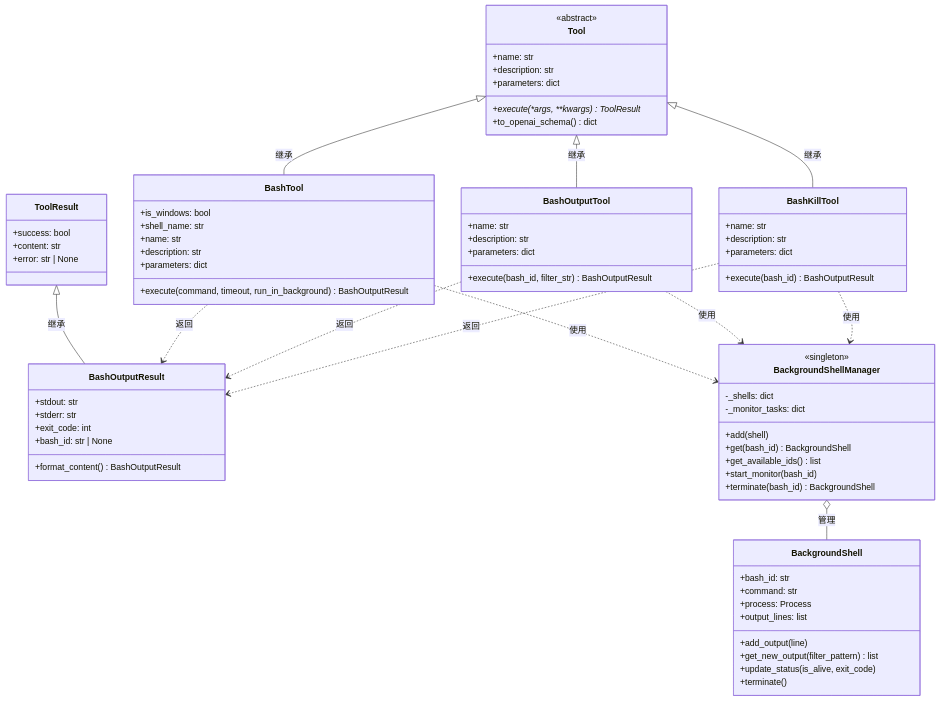
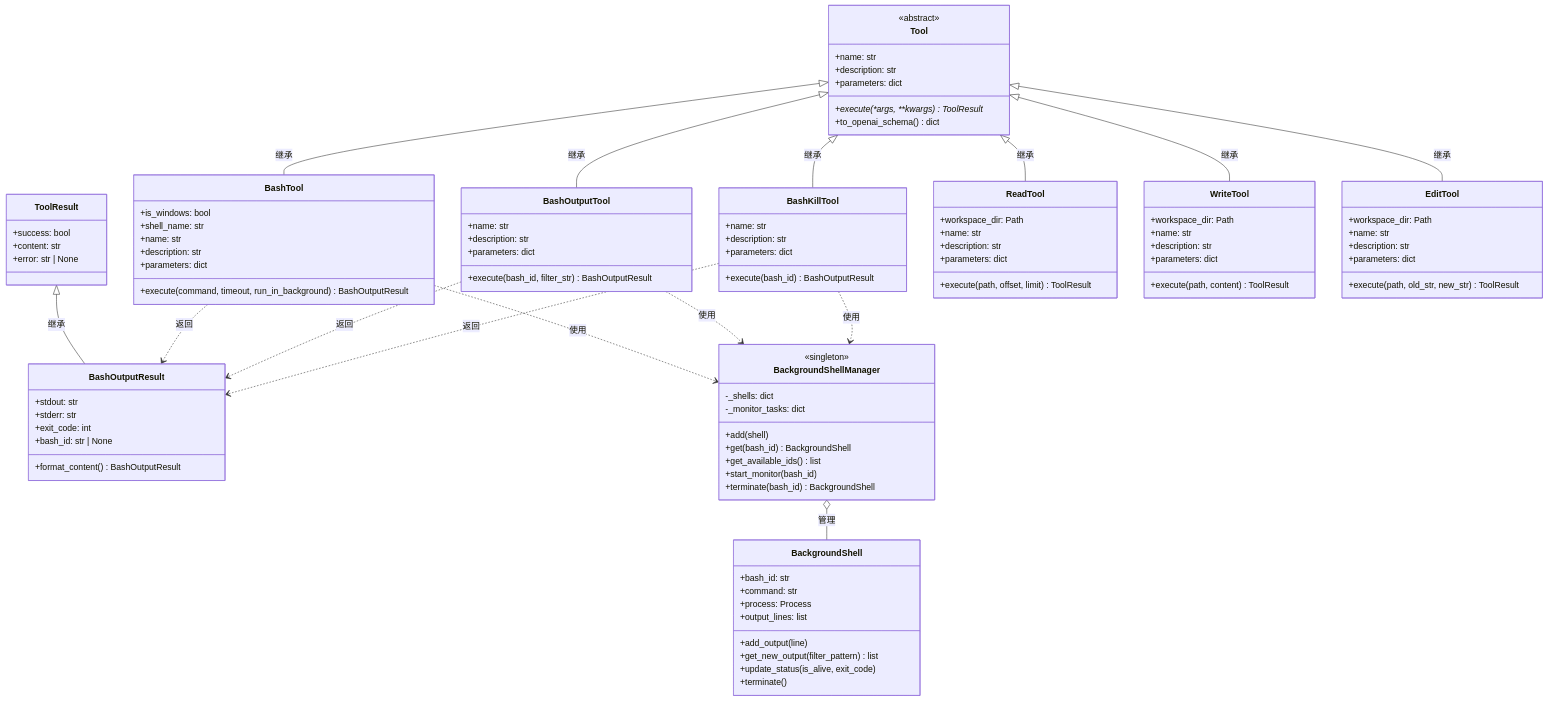
One commit to Argobell/gopilot-cli changed the second of 8 diagrams in docs/tools/架构设计.md. Above: the diagram before and after it, drawn with Mermaid. The commit also changed other lines of this file and 12 other files, not shown here.

```diff
--- a/docs/tools/架构设计.md
+++ b/docs/tools/架构设计.md
@@ -192,6 +228,30 @@
         +execute(bash_id) BashOutputResult
     }
 
+    class ReadTool {
+        +workspace_dir: Path
+        +name: str
+        +description: str
+        +parameters: dict
+        +execute(path, offset, limit) ToolResult
+    }
+
+    class WriteTool {
+        +workspace_dir: Path
+        +name: str
+        +description: str
+        +parameters: dict
+        +execute(path, content) ToolResult
+    }
+
+    class EditTool {
+        +workspace_dir: Path
+        +name: str
+        +description: str
+        +parameters: dict
+        +execute(path, old_str, new_str) ToolResult
+    }
+
     class BackgroundShell {
         +bash_id: str
         +command: str
@@ -217,6 +277,9 @@
     Tool <|-- BashTool : 继承
     Tool <|-- BashOutputTool : 继承
     Tool <|-- BashKillTool : 继承
+    Tool <|-- ReadTool : 继承
+    Tool <|-- WriteTool : 继承
+    Tool <|-- EditTool : 继承
     ToolResult <|-- BashOutputResult : 继承
 
     BashTool ..> BashOutputResult : 返回
```
